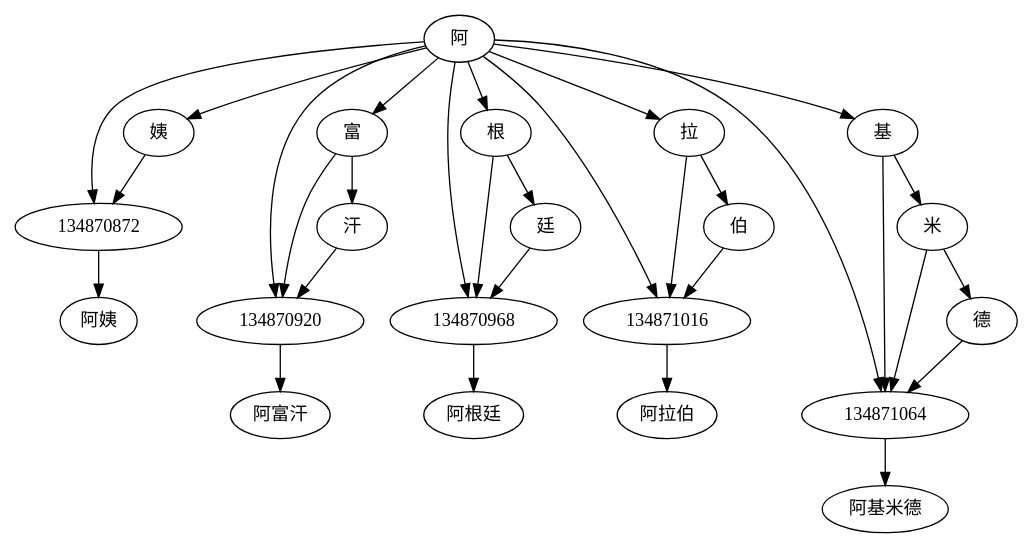
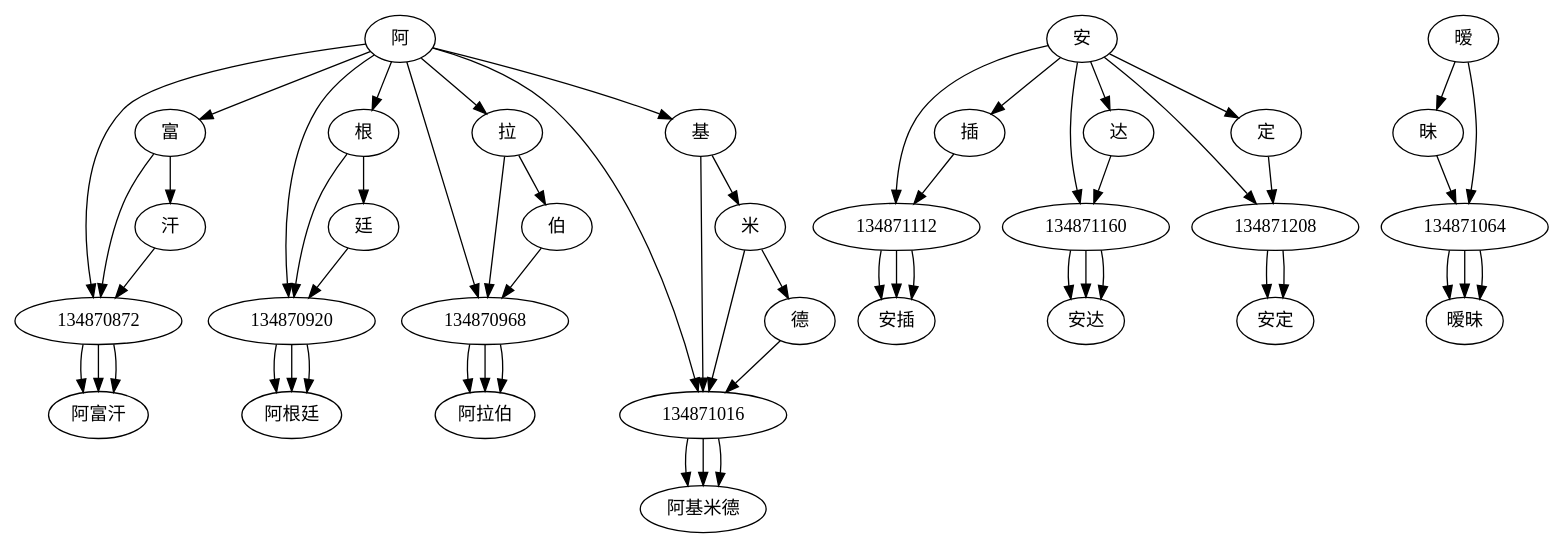
The diagram in era/data/wordspic.dot (barnabuschen/nero), drawn with Graphviz before and after one commit. The commit also changed 9 other files, not shown here.

```diff
--- a/era/data/wordspic.dot
+++ b/era/data/wordspic.dot
@@ -1,34 +1,61 @@
 digraph graphname {
 
 	阿 -> 134870872;
-	阿 -> 姨;
+	阿 -> 富;
 	阿 -> 134870920;
-	阿 -> 富;
+	阿 -> 根;
 	阿 -> 134870968;
-	阿 -> 根;
+	阿 -> 拉;
 	阿 -> 134871016;
-	阿 -> 拉;
-	阿 -> 134871064;
 	阿 -> 基;
-	伯 -> 134871016;
-	德 -> 134871064;
-	富 -> 134870920;
+	安 -> 134871112;
+	安 -> 插;
+	安 -> 134871160;
+	安 -> 达;
+	安 -> 134871208;
+	安 -> 定;
+	伯 -> 134870968;
+	插 -> 134871112;
+	达 -> 134871160;
+	德 -> 134871016;
+	定 -> 134871208;
+	富 -> 134870872;
 	富 -> 汗;
-	根 -> 134870968;
+	根 -> 134870920;
 	根 -> 廷;
-	汗 -> 134870920;
-	基 -> 134871064;
+	汗 -> 134870872;
+	基 -> 134871016;
 	基 -> 米;
-	拉 -> 134871016;
+	拉 -> 134870968;
 	拉 -> 伯;
-	米 -> 134871064;
+	昧 -> 134871064;
+	米 -> 134871016;
 	米 -> 德;
-	廷 -> 134870968;
-	姨 -> 134870872;
-	134870872 ->  阿姨;
-	134870920 ->  阿富汗;
-	134870968 ->  阿根廷;
-	134871016 ->  阿拉伯;
-	134871064 ->  阿基米德;
+	廷 -> 134870920;
+	暧 -> 134871064;
+	暧 -> 昧;
+	134870872 ->  阿富汗;
+	134870872 ->  阿富汗;
+	134870872 ->  阿富汗;
+	134870920 ->  阿根廷;
+	134870920 ->  阿根廷;
+	134870920 ->  阿根廷;
+	134870968 ->  阿拉伯;
+	134870968 ->  阿拉伯;
+	134870968 ->  阿拉伯;
+	134871016 ->  阿基米德;
+	134871016 ->  阿基米德;
+	134871016 ->  阿基米德;
+	134871064 ->  暧昧;
+	134871064 ->  暧昧;
+	134871064 ->  暧昧;
+	134871112 ->  安插;
+	134871112 ->  安插;
+	134871112 ->  安插;
+	134871160 ->  安达;
+	134871160 ->  安达;
+	134871160 ->  安达;
+	134871208 ->  安定;
+	134871208 ->  安定;
 
 }
```
